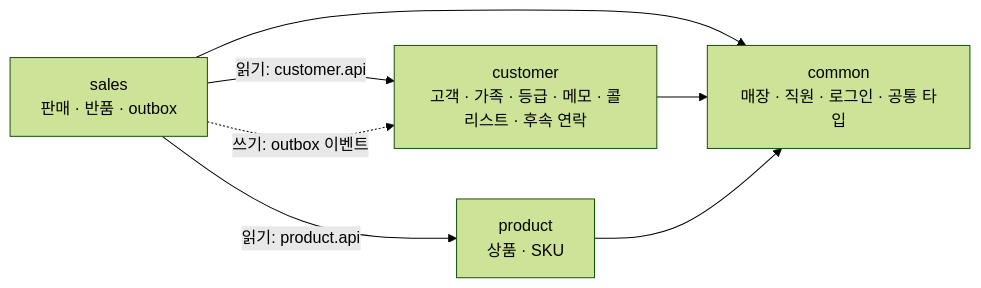
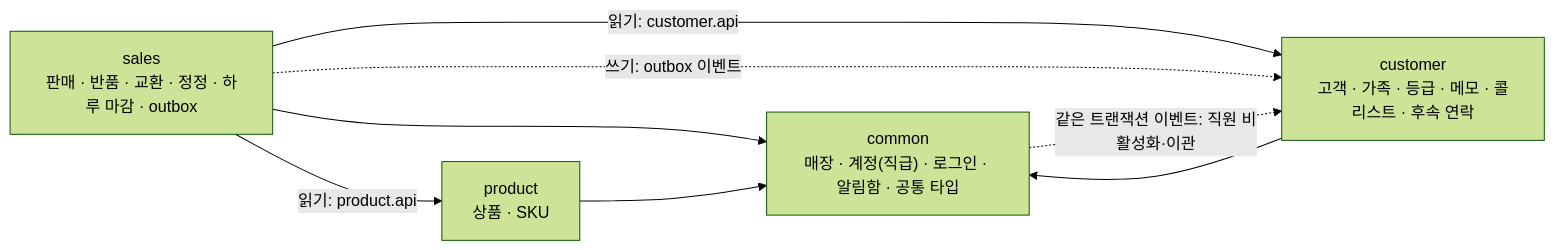
The second of 3 diagrams in docs/04-architecture.md (wjdqudwls/store-crm), drawn with Mermaid (forest theme) before and after one commit. The commit also changed other lines of this file and 11 other files, not shown here.

````diff
--- a/docs/04-architecture.md
+++ b/docs/04-architecture.md
@@ -43,14 +46,15 @@
 ```mermaid
 flowchart LR
-    sales["sales<br/>판매 · 반품 · outbox"]
+    sales["sales<br/>판매 · 반품 · 교환 · 정정 · 하루 마감 · outbox"]
     customer["customer<br/>고객 · 가족 · 등급 · 메모 · 콜리스트 · 후속 연락"]
     product["product<br/>상품 · SKU"]
-    common["common<br/>매장 · 직원 · 로그인 · 공통 타입"]
+    common["common<br/>매장 · 계정(직급) · 로그인 · 알림함 · 공통 타입"]
 
     sales -->|"읽기: product.api"| product
     sales -->|"읽기: customer.api"| customer
     sales -.->|"쓰기: outbox 이벤트"| customer
     sales --> common
     customer --> common
     product --> common
+    common -.->|"같은 트랜잭션 이벤트: 직원 비활성화·이관"| customer
 ```
````
